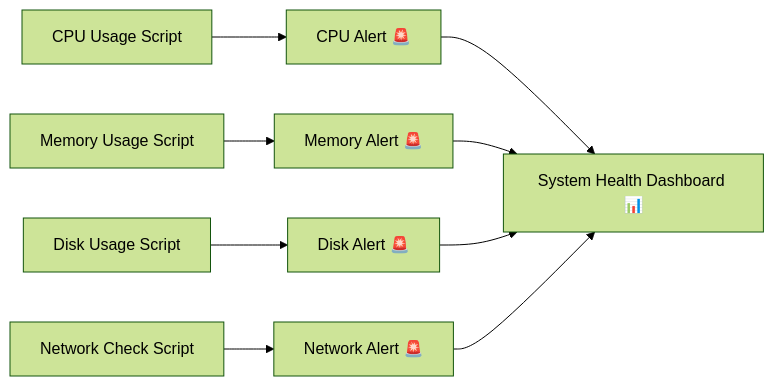
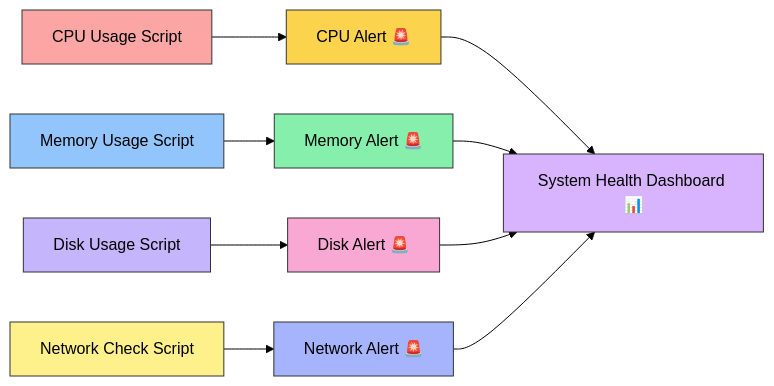
The second of 2 diagrams in README.md (mdolawale1-cmyk/automation-scripts), drawn with Mermaid (forest theme) before and after one commit. The commit also changed other lines of this file, not shown here.

````diff
--- a/README.md
+++ b/README.md
@@ -152,11 +152,23 @@
 ```mermaid
 flowchart LR
     CPU[CPU Usage Script] --> Alert1[CPU Alert 🚨]
     MEM[Memory Usage Script] --> Alert2[Memory Alert 🚨]
     DISK[Disk Usage Script] --> Alert3[Disk Alert 🚨]
     NET[Network Check Script] --> Alert4[Network Alert 🚨]
     Alert1 --> Dashboard[System Health Dashboard 📊]
     Alert2 --> Dashboard
     Alert3 --> Dashboard
     Alert4 --> Dashboard
+
+    %% 🎨 Color styling for each box
+    style CPU fill:#fca5a5,stroke:#333,stroke-width:1px
+    style Alert1 fill:#fcd34d,stroke:#333,stroke-width:1px
+    style MEM fill:#93c5fd,stroke:#333,stroke-width:1px
+    style Alert2 fill:#86efac,stroke:#333,stroke-width:1px
+    style DISK fill:#c4b5fd,stroke:#333,stroke-width:1px
+    style Alert3 fill:#f9a8d4,stroke:#333,stroke-width:1px
+    style NET fill:#fef08a,stroke:#333,stroke-width:1px
+    style Alert4 fill:#a5b4fc,stroke:#333,stroke-width:1px
+    style Dashboard fill:#d8b4fe,stroke:#333,stroke-width:1px
+
 ```
````
